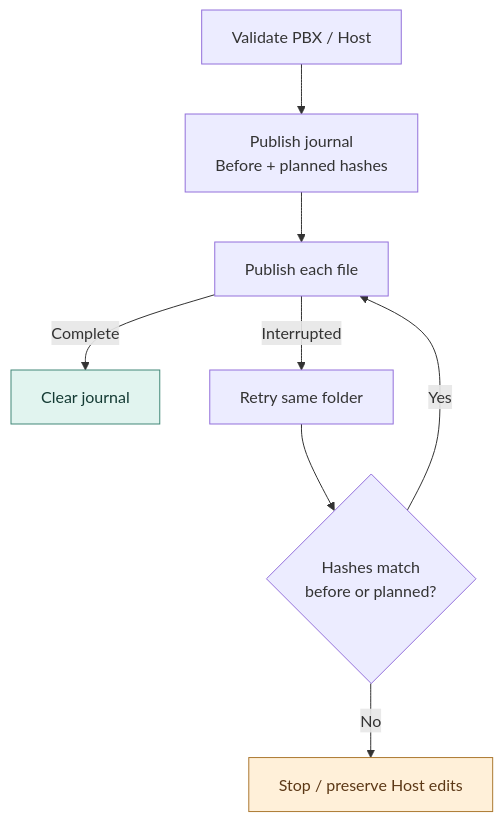
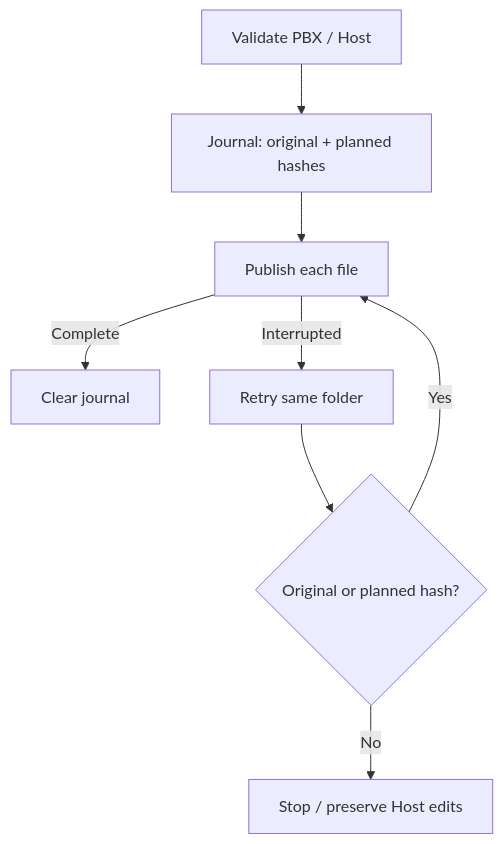
One commit to CodingBot000/GameBridge_SDK changed the fourth of 5 diagrams in docs/TECHNICAL_OVERVIEW.md. Above: the diagram before and after it, drawn with Mermaid. The commit also changed other lines of this file and 7 other files, not shown here.

````diff
--- a/docs/TECHNICAL_OVERVIEW.md
+++ b/docs/TECHNICAL_OVERVIEW.md
@@ -202,14 +183,10 @@
 ```mermaid
 flowchart TD
-    A["Validate PBX / Host"] --> B["Publish journal<br/>Before + planned hashes"]
+    A["Validate PBX / Host"] --> B["Journal: original + planned hashes"]
     B --> C["Publish each file"]
     C -->|Complete| F["Clear journal"]
     C -->|Interrupted| D["Retry same folder"]
-    D --> E{"Hashes match<br/>before or planned?"}
+    D --> E{"Original or planned hash?"}
     E -->|Yes| C
     E -->|No| G["Stop / preserve Host edits"]
-    classDef verified fill:#e1f4ef,stroke:#428878,color:#143b34
-    classDef conflict fill:#fff0d9,stroke:#ac7931,color:#5c3816
-    class F verified
-    class G conflict
 ```
````
